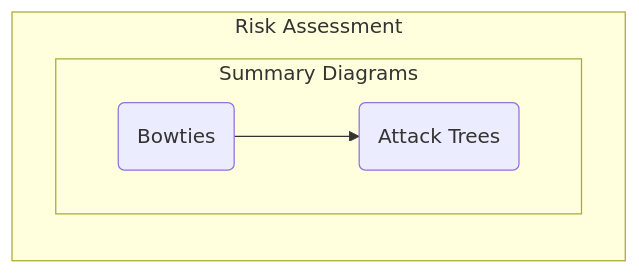
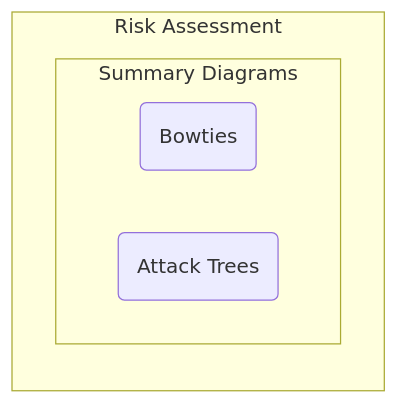
The second of 4 diagrams in Documentation/risk.md (stuartfowler/CEMT), drawn with Mermaid before and after one commit. The commit also changed other lines of this file and 23 other files, not shown here.

````diff
--- a/Documentation/risk.md
+++ b/Documentation/risk.md
@@ -34,12 +35,13 @@
 ```mermaid
 flowchart TB
   subgraph RA["Risk Assessment"]
     direction TB
     subgraph 6["Summary Diagrams"]
-      6a("Bowties") --> 6b("Attack Trees")
+      6a("Bowties") 
+      6b("Attack Trees")
     end
   end
   
   click 6a "https://github.com/stuartfowler/CEMT/blob/main/Documentation/risk.md#bowties" "Bowtie Diagrams"
   click 6b "https://github.com/stuartfowler/CEMT/blob/main/Documentation/risk.md#attack-trees" "Attack Tree Diagrams"
 ```
````
